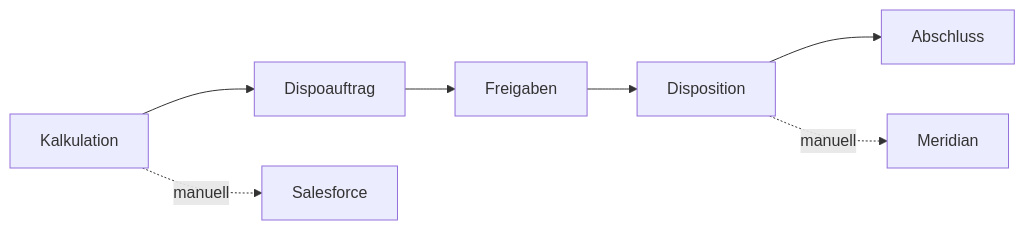
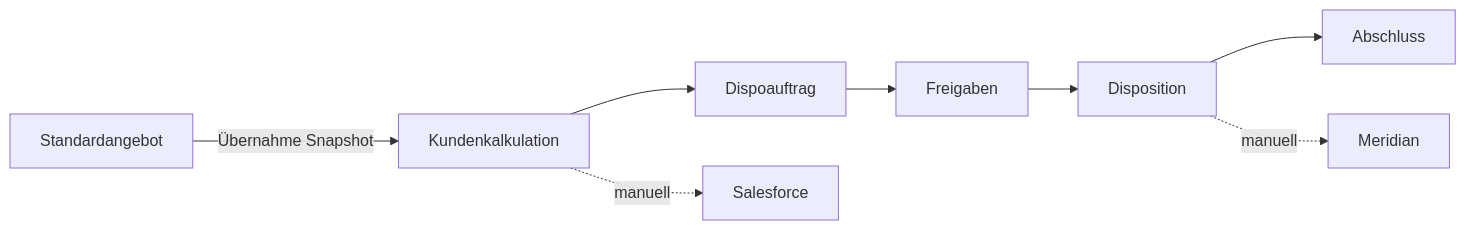
Before and after one commit to MORE-m/dispo: the diagram in docs/fachmodell.md, drawn with Mermaid. The commit also changed other lines of this file and 100 other files, not shown here.

````diff
--- a/docs/fachmodell.md
+++ b/docs/fachmodell.md
@@ -15,9 +15,10 @@
 ```mermaid
 flowchart LR
-    A[Kalkulation] --> B[Dispoauftrag]
+    T[Standardangebot] -->|Übernahme Snapshot| A[Kundenkalkulation]
+    A --> B[Dispoauftrag]
     B --> C[Freigaben]
     C --> D[Disposition]
     D --> E[Abschluss]
     D -. manuell .-> M[Meridian]
     A -. manuell .-> S[Salesforce]
 ```
````
